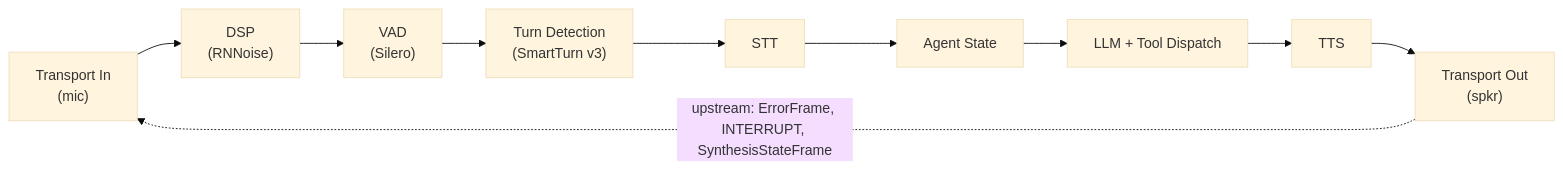
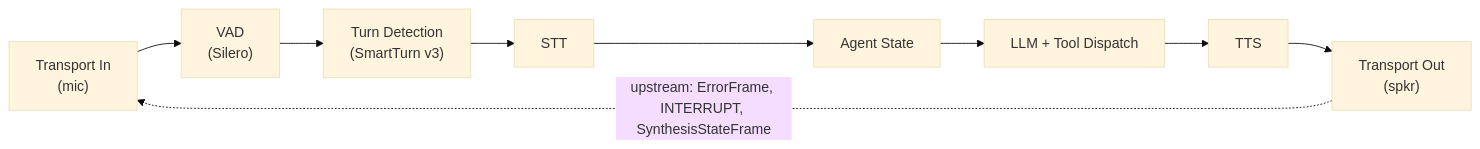
One commit to fatehmtd/VASDK changed the diagram in VASDK_APP/README.md. Above: the diagram before and after it, drawn with Mermaid (base theme). The commit also changed other lines of this file and 18 other files, not shown here.

````diff
--- a/VASDK_APP/README.md
+++ b/VASDK_APP/README.md
@@ -7,5 +7,5 @@
 ```mermaid
 flowchart LR
-    TIn["Transport In<br/>(mic)"] --> DSP["DSP<br/>(RNNoise)"] --> VAD["VAD<br/>(Silero)"] --> Turn["Turn Detection<br/>(SmartTurn v3)"] --> STT --> Agent["Agent State"] --> LLM["LLM + Tool Dispatch"] --> TTS --> TOut["Transport Out<br/>(spkr)"]
+    TIn["Transport In<br/>(mic)"] --> VAD["VAD<br/>(Silero)"] --> Turn["Turn Detection<br/>(SmartTurn v3)"] --> STT --> Agent["Agent State"] --> LLM["LLM + Tool Dispatch"] --> TTS --> TOut["Transport Out<br/>(spkr)"]
     TOut -.->|"upstream: ErrorFrame, INTERRUPT, SynthesisStateFrame"| TIn
 ```
````
